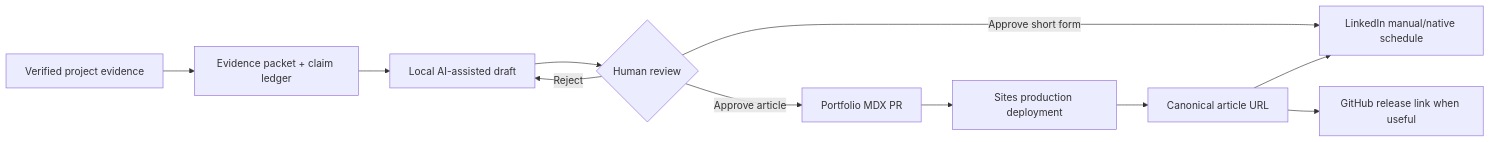
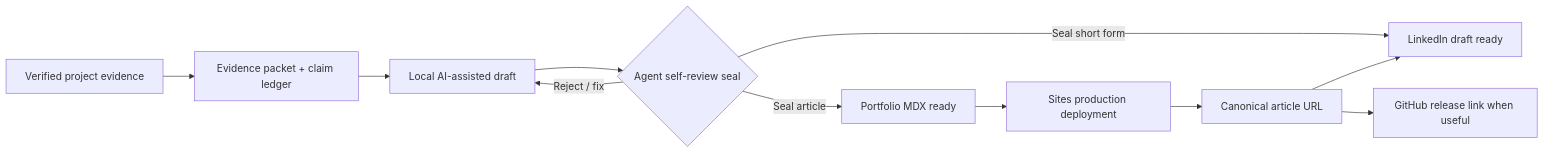
The second of 4 diagrams in docs/superpowers/specs/2026-07-28-mighty-raccoon-career-system-design.md (Therockycloud/mighty-raccoon-career-system), drawn with Mermaid before and after one commit. The commit also changed other lines of this file and 12 other files, not shown here.

First line of the commit message:
Enable GOAL_DELIVERY so agents ship end-to-end without mid-flight human review.

````diff
--- a/docs/superpowers/specs/2026-07-28-mighty-raccoon-career-system-design.md
+++ b/docs/superpowers/specs/2026-07-28-mighty-raccoon-career-system-design.md
@@ -115,13 +115,13 @@
 ```mermaid
 flowchart LR
     A["Verified project evidence"] --> B["Evidence packet + claim ledger"]
     B --> C["Local AI-assisted draft"]
-    C --> D{"Human review"}
-    D -->|Reject| C
-    D -->|Approve article| E["Portfolio MDX PR"]
-    D -->|Approve short form| F["LinkedIn manual/native schedule"]
+    C --> D{"Agent self-review seal"}
+    D -->|Reject / fix| C
+    D -->|Seal article| E["Portfolio MDX ready"]
+    D -->|Seal short form| F["LinkedIn draft ready"]
     E --> G["Sites production deployment"]
     G --> H["Canonical article URL"]
     H --> F
     H --> I["GitHub release link when useful"]
 ```
````
